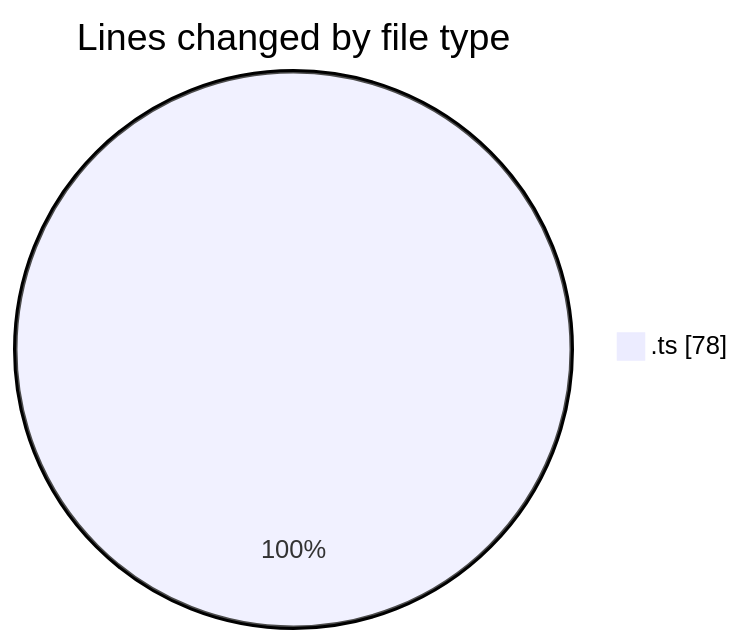
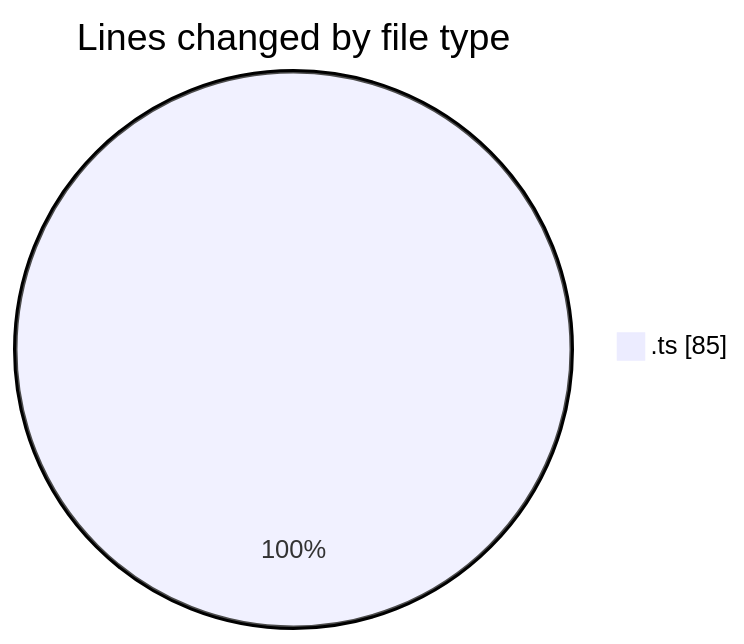
One commit to momahboobian/code-tracking changed the first of 2 diagrams in 2025-08-01/cda/README.md. Above: the diagram before and after it, drawn with Mermaid. The commit also changed other lines of this file and 1 other file, not shown here.

````diff
--- a/2025-08-01/cda/README.md
+++ b/2025-08-01/cda/README.md
@@ -20,5 +20,5 @@
 ```mermaid
 pie showData
 title Lines changed by file type
-".ts" : 78
+".ts" : 85
 ```
````
